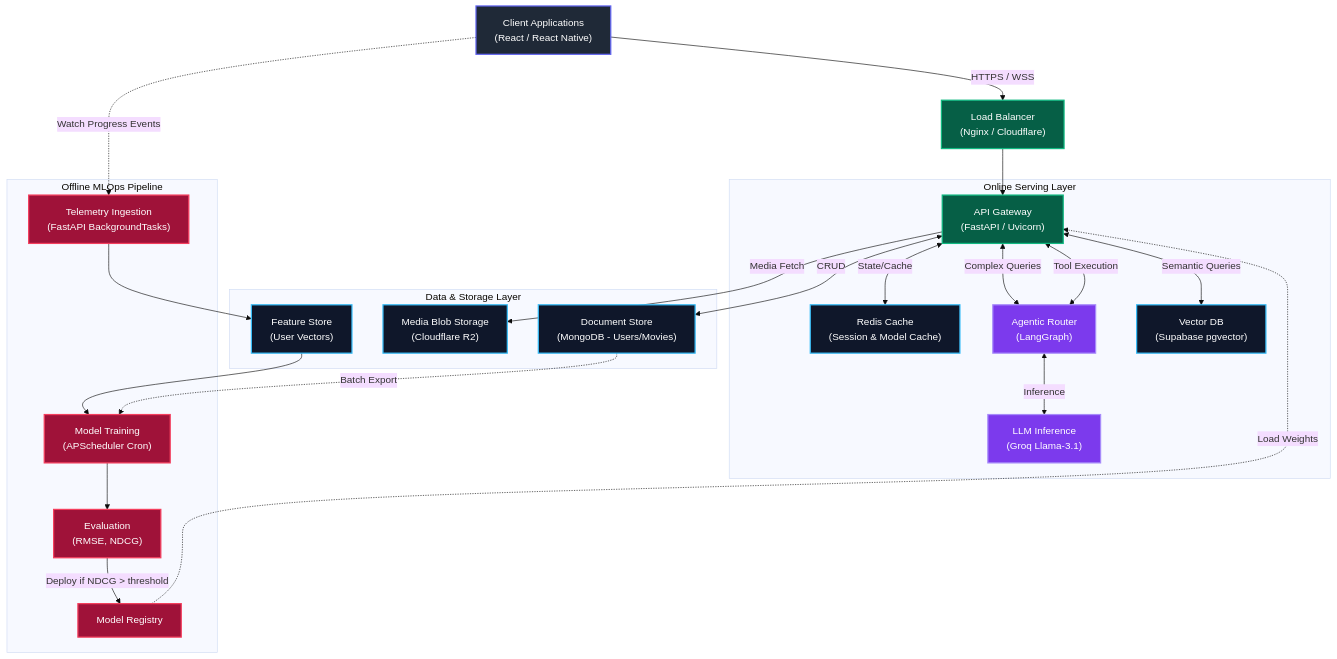
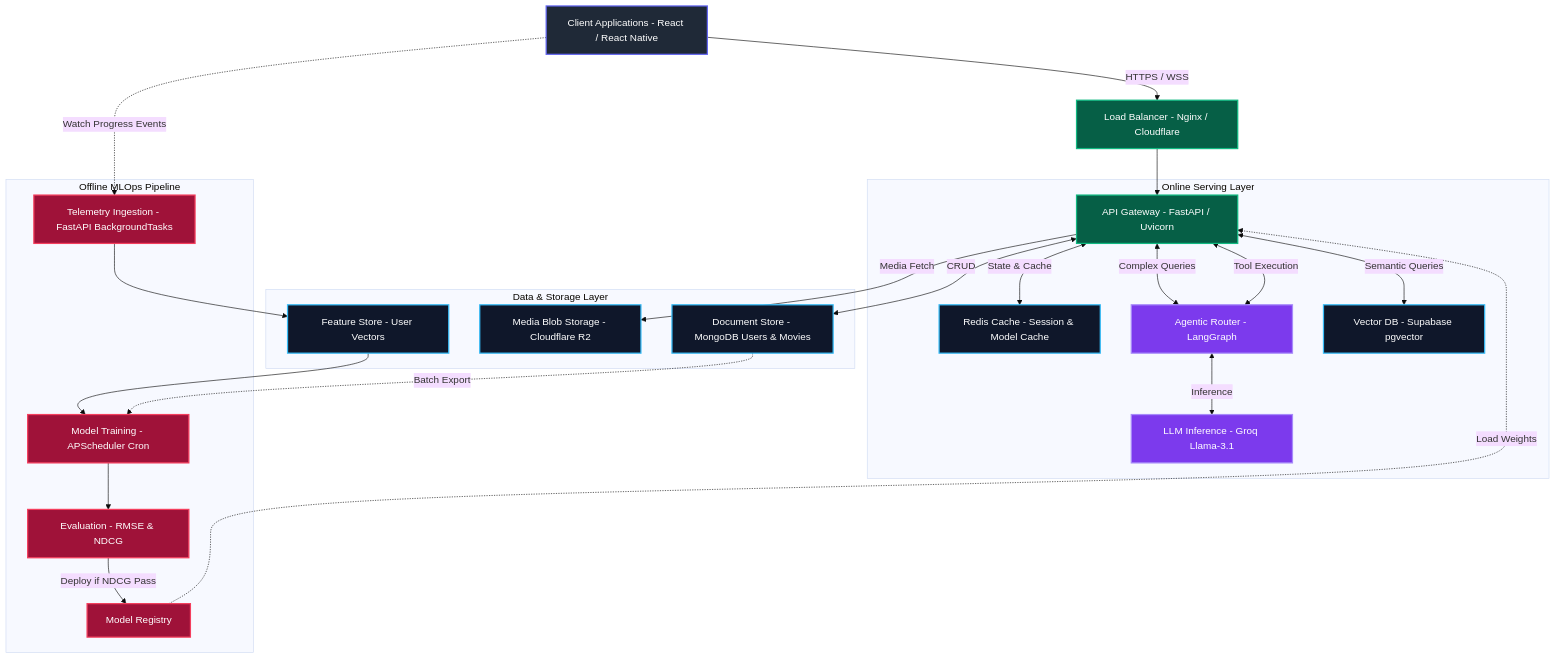
One commit to Gaurav711cgu/CineNexuz-Final changed the diagram in backend/README.md. Above: the diagram before and after it, drawn with Mermaid (base theme). The commit also changed 8 other files, not shown here.

Commit message:
feat(cinenexuz): Full PRD portfolio upgrade - Recommendation Eval suite, Cold-Start handling, Statistical AB Testing (Chi-squared), MCP Server, and MODEL_CARD & README enhancements

````diff
--- a/backend/README.md
+++ b/backend/README.md
@@ -41,55 +41,55 @@
 ```mermaid
 graph TD
     %% Define Styles
     classDef client fill:#1f2937,stroke:#6366f1,stroke-width:2px,color:#fff
     classDef api fill:#065f46,stroke:#10b981,stroke-width:2px,color:#fff
     classDef model fill:#7c3aed,stroke:#a78bfa,stroke-width:2px,color:#fff
     classDef db fill:#0f172a,stroke:#38bdf8,stroke-width:2px,color:#fff
     classDef pipeline fill:#9f1239,stroke:#f43f5e,stroke-width:2px,color:#fff
 
     %% Nodes
-    Client["Client Applications<br/>(React / React Native)"]:::client
-    LB["Load Balancer<br/>(Nginx / Cloudflare)"]:::api
+    Client["Client Applications - React / React Native"]:::client
+    LB["Load Balancer - Nginx / Cloudflare"]:::api
     
-    subgraph Online Serving Layer
-        FastAPI["API Gateway<br/>(FastAPI / Uvicorn)"]:::api
-        Redis["Redis Cache<br/>(Session & Model Cache)"]:::db
-        LangGraph["Agentic Router<br/>(LangGraph)"]:::model
-        Groq["LLM Inference<br/>(Groq Llama-3.1)"]:::model
-        VectorStore["Vector DB<br/>(Supabase pgvector)"]:::db
+    subgraph OnlineServing["Online Serving Layer"]
+        FastAPI["API Gateway - FastAPI / Uvicorn"]:::api
+        Redis["Redis Cache - Session & Model Cache"]:::db
+        LangGraph["Agentic Router - LangGraph"]:::model
+        Groq["LLM Inference - Groq Llama-3.1"]:::model
+        VectorStore["Vector DB - Supabase pgvector"]:::db
     end
 
-    subgraph Data & Storage Layer
-        Mongo["Document Store<br/>(MongoDB - Users/Movies)"]:::db
-        S3["Media Blob Storage<br/>(Cloudflare R2)"]:::db
-        FeatureStore["Feature Store<br/>(User Vectors)"]:::db
+    subgraph StorageLayer["Data & Storage Layer"]
+        Mongo["Document Store - MongoDB Users & Movies"]:::db
+        S3["Media Blob Storage - Cloudflare R2"]:::db
+        FeatureStore["Feature Store - User Vectors"]:::db
     end
 
-    subgraph Offline MLOps Pipeline
-        Telemetry["Telemetry Ingestion<br/>(FastAPI BackgroundTasks)"]:::pipeline
-        TrainingJob["Model Training<br/>(APScheduler Cron)"]:::pipeline
-        Eval["Evaluation<br/>(RMSE, NDCG)"]:::pipeline
+    subgraph MLOpsPipeline["Offline MLOps Pipeline"]
+        Telemetry["Telemetry Ingestion - FastAPI BackgroundTasks"]:::pipeline
+        TrainingJob["Model Training - APScheduler Cron"]:::pipeline
+        Eval["Evaluation - RMSE & NDCG"]:::pipeline
         Registry["Model Registry"]:::pipeline
     end
 
     %% Connections
-    Client -->|HTTPS / WSS| LB
+    Client -->|"HTTPS / WSS"| LB
     LB --> FastAPI
     
-    FastAPI <-->|State/Cache| Redis
-    FastAPI <-->|CRUD| Mongo
-    FastAPI <-->|Semantic Queries| VectorStore
-    FastAPI -->|Media Fetch| S3
-    FastAPI <-->|Complex Queries| LangGraph
+    FastAPI <-->|"State & Cache"| Redis
+    FastAPI <-->|"CRUD"| Mongo
+    FastAPI <-->|"Semantic Queries"| VectorStore
+    FastAPI -->|"Media Fetch"| S3
+    FastAPI <-->|"Complex Queries"| LangGraph
     
-    LangGraph <-->|Inference| Groq
-    LangGraph <-->|Tool Execution| FastAPI
+    LangGraph <-->|"Inference"| Groq
+    LangGraph <-->|"Tool Execution"| FastAPI
     
-    Client -.->|Watch Progress Events| Telemetry
+    Client -.->|"Watch Progress Events"| Telemetry
     Telemetry --> FeatureStore
     FeatureStore --> TrainingJob
-    Mongo -.->|Batch Export| TrainingJob
+    Mongo -.->|"Batch Export"| TrainingJob
     TrainingJob --> Eval
-    Eval -->|Deploy if NDCG > threshold| Registry
-    Registry -.->|Load Weights| FastAPI
+    Eval -->|"Deploy if NDCG Pass"| Registry
+    Registry -.->|"Load Weights"| FastAPI
 ```
````
